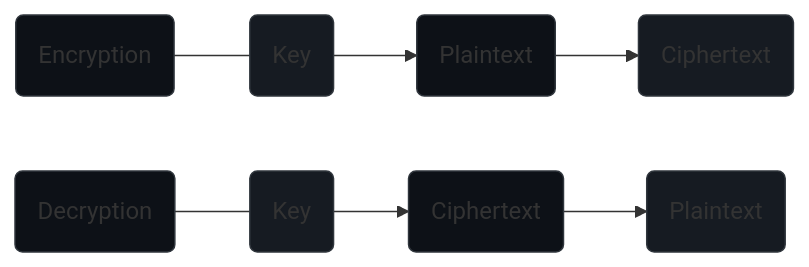
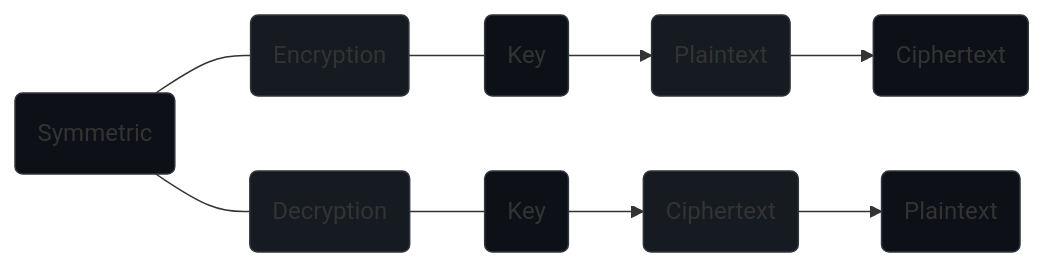
One commit to rylan-justice/rca changed the diagram in .github/README.md. Above: the diagram before and after it, drawn with Mermaid.

````diff
--- a/.github/README.md
+++ b/.github/README.md
@@ -7,11 +7,12 @@
 ```mermaid
-flowchart LR;V1(Encryption)---V2(Key)-->V3(Plaintext)-->V4(Ciphertext);V5(Decryption)---V6(Key)-->V7(Ciphertext)-->V8(Plaintext)
-style V1 fill:#0d1117,stroke:#30363d
-style V2 fill:#161b22,stroke:#30363d
-style V3 fill:#0d1117,stroke:#30363d
-style V4 fill:#161b22,stroke:#30363d
-style V5 fill:#0d1117,stroke:#30363d
-style V6 fill:#161b22,stroke:#30363d
-style V7 fill:#0d1117,stroke:#30363d
-style V8 fill:#161b22,stroke:#30363d
+flowchart LR;1(Symmetric)---2(Encryption)---3(Key)-->4(Plaintext)-->5(Ciphertext);1(Symmetric)---6(Decryption)---7(Key)-->8(Ciphertext)-->9(Plaintext)
+style 1 fill:#0d1117,stroke:#30363d
+style 2 fill:#161b22,stroke:#30363d
+style 3 fill:#0d1117,stroke:#30363d
+style 4 fill:#161b22,stroke:#30363d
+style 5 fill:#0d1117,stroke:#30363d
+style 6 fill:#161b22,stroke:#30363d
+style 7 fill:#0d1117,stroke:#30363d
+style 8 fill:#161b22,stroke:#30363d
+style 9 fill:#0d1117,stroke:#30363d
 ```
````
